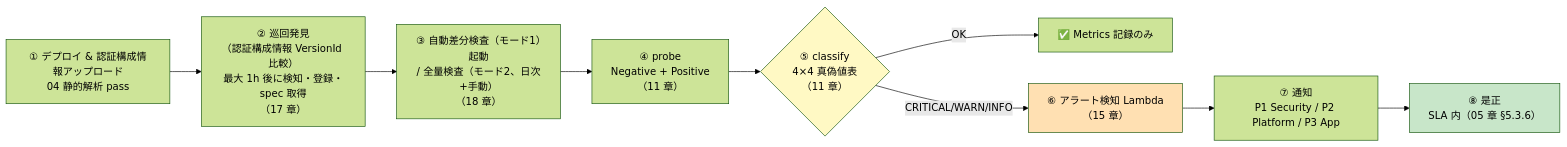
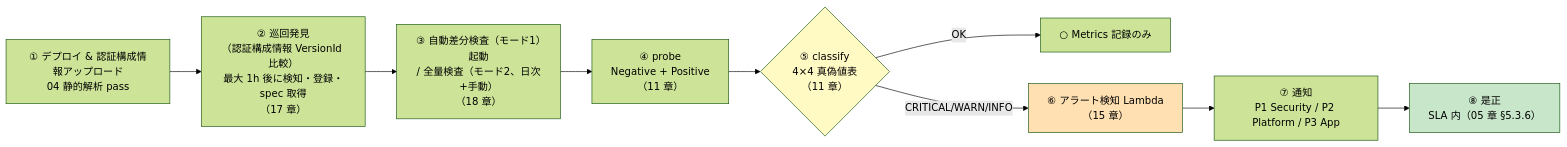
The third of 7 diagrams in doc/api-platform/basic-design/10-external-monitoring-overview.md (suepie/aws-atuh-poc), drawn with Mermaid (forest theme) before and after one commit. The commit also changed other lines of this file and 26 other files, not shown here.

First line of the commit message:
対象検索-01〜14 の処理設計を記入 + 絵文字排除・シーケンス図追加

````diff
--- a/doc/api-platform/basic-design/10-external-monitoring-overview.md
+++ b/doc/api-platform/basic-design/10-external-monitoring-overview.md
@@ -174,14 +174,14 @@
 ```mermaid
 flowchart LR
     D["① デプロイ & 認証構成情報アップロード<br/>04 静的解析 pass"] --> R["② 巡回発見<br/>（認証構成情報 VersionId 比較）<br/>最大 1h 後に検知・登録・spec 取得<br/>（17 章）"]
     R --> T["③ 自動差分検査（モード1）起動<br/>/ 全量検査（モード2、日次+手動）<br/>（18 章）"]
     T --> P["④ probe<br/>Negative + Positive<br/>（11 章）"]
     P --> C{"⑤ classify<br/>4×4 真偽値表<br/>（11 章）"}
-    C -->|OK| OK["✅ Metrics 記録のみ"]
+    C -->|OK| OK["○ Metrics 記録のみ"]
     C -->|CRITICAL/WARN/INFO| A["⑥ アラート検知 Lambda<br/>（15 章）"]
     A --> N["⑦ 通知<br/>P1 Security / P2 Platform / P3 App"]
     N --> FIX["⑧ 是正<br/>SLA 内（05 章 §5.3.6）"]
     style C fill:#fff9c4
     style A fill:#ffe0b2
     style FIX fill:#c8e6c9
 ```
````
